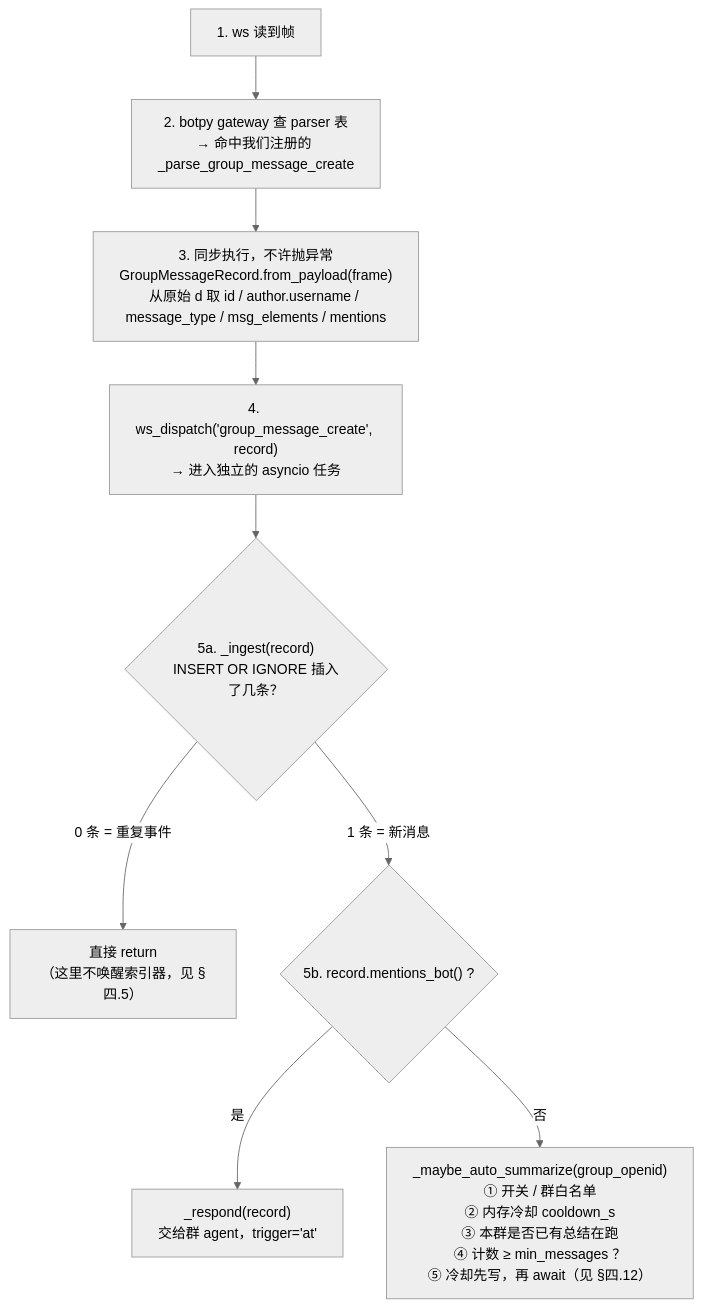
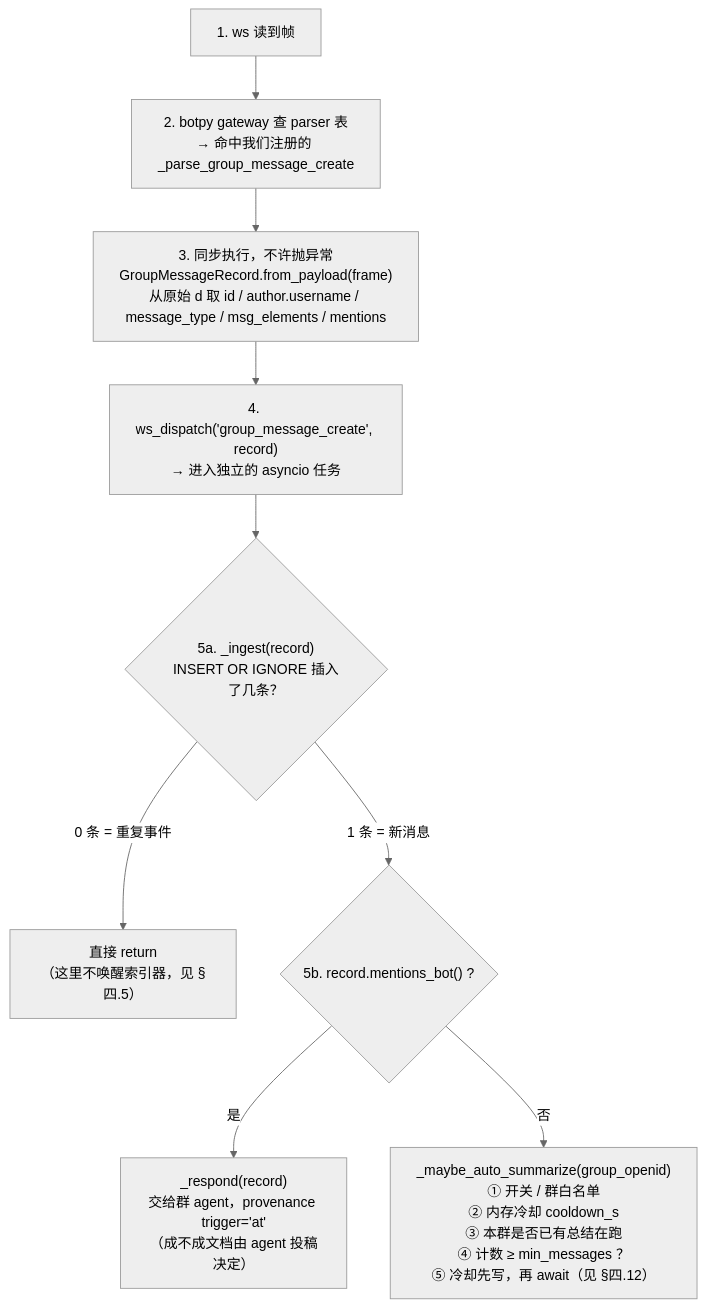
The third of 8 diagrams in docs/ARCHITECTURE.md (ttzc/QQ_Summarizer_bot), drawn with Mermaid (neutral theme) before and after one commit. The commit also changed other lines of this file and 20 other files, not shown here.

````diff
--- a/docs/ARCHITECTURE.md
+++ b/docs/ARCHITECTURE.md
@@ -93,11 +93,11 @@
 ```mermaid
 flowchart TB
     FRAME["1. ws 读到帧"] --> PARSER["2. botpy gateway 查 parser 表<br/>→ 命中我们注册的 _parse_group_message_create"]
     PARSER --> BUILD["3. 同步执行，不许抛异常<br/>GroupMessageRecord.from_payload(frame)<br/>从原始 d 取 id / author.username / message_type / msg_elements / mentions"]
     BUILD --> DISPATCH["4. ws_dispatch('group_message_create', record)<br/>→ 进入独立的 asyncio 任务"]
     DISPATCH --> INGEST{"5a. _ingest(record)<br/>INSERT OR IGNORE 插入了几条？"}
     INGEST -->|"0 条 = 重复事件"| DROP["直接 return<br/>（这里不唤醒索引器，见 §四.5）"]
     INGEST -->|"1 条 = 新消息"| MENTION{"5b. record.mentions_bot() ?"}
-    MENTION -->|"是"| RESPOND["_respond(record)<br/>交给群 agent，trigger='at'"]
+    MENTION -->|"是"| RESPOND["_respond(record)<br/>交给群 agent，provenance trigger='at'<br/>（成不成文档由 agent 投稿决定）"]
     MENTION -->|"否"| AUTOPATH["_maybe_auto_summarize(group_openid)<br/>① 开关 / 群白名单<br/>② 内存冷却 cooldown_s<br/>③ 本群是否已有总结在跑<br/>④ 计数 ≥ min_messages ？<br/>⑤ 冷却先写，再 await（见 §四.12）"]
 ```
````
